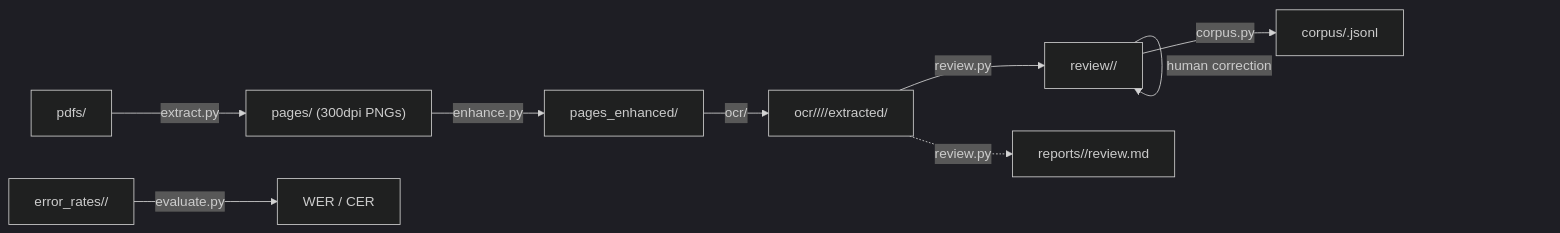
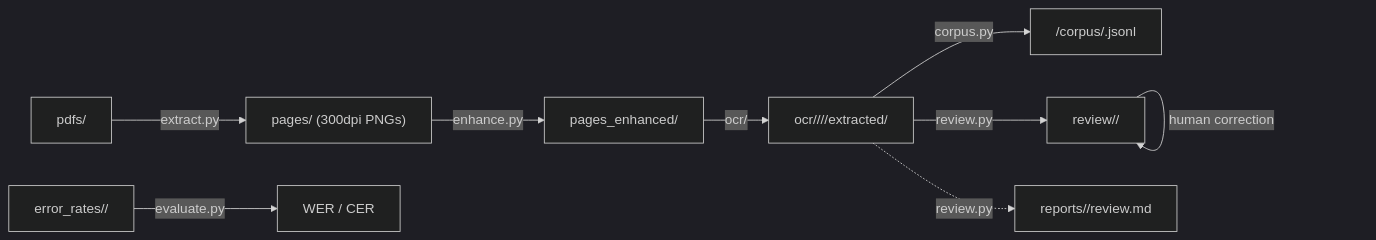
The diagram in ARCHITECTURE.md (crispyfunicular/ocr_pipeline), drawn with Mermaid (dark theme) before and after one commit. The commit also changed other lines of this file and 3 other files, not shown here.

````diff
--- a/ARCHITECTURE.md
+++ b/ARCHITECTURE.md
@@ -9,11 +9,11 @@
 ```mermaid
 graph LR
     A[pdfs/] -->|extract.py| B["pages/ (300dpi PNGs)"]
     B -->|enhance.py| C[pages_enhanced/]
     C -->|ocr/| D["ocr/<book>/<model>/<run>/extracted/"]
+    D -->|corpus.py| F["<run>/corpus/<book>.jsonl"]
     D -->|review.py| E["review/<book>/"]
     E -->|"human correction"| E
-    E -->|corpus.py| F["corpus/<book>.jsonl"]
     D -.->|review.py| R["reports/<book>/review.md"]
     G["error_rates/<book>/"] -->|evaluate.py| H[WER / CER]
 ```
````
